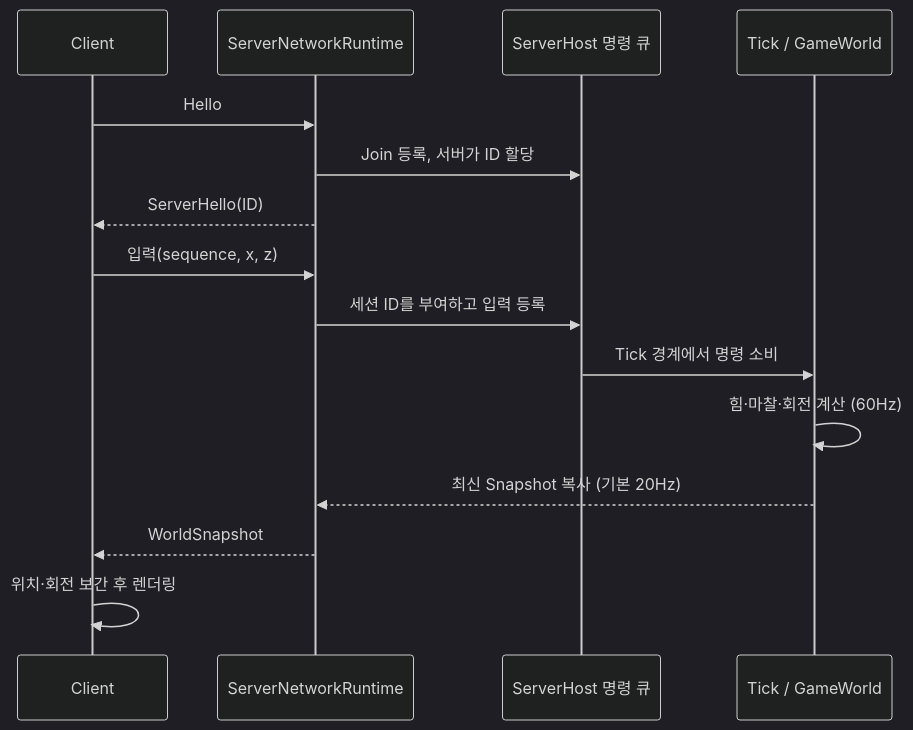
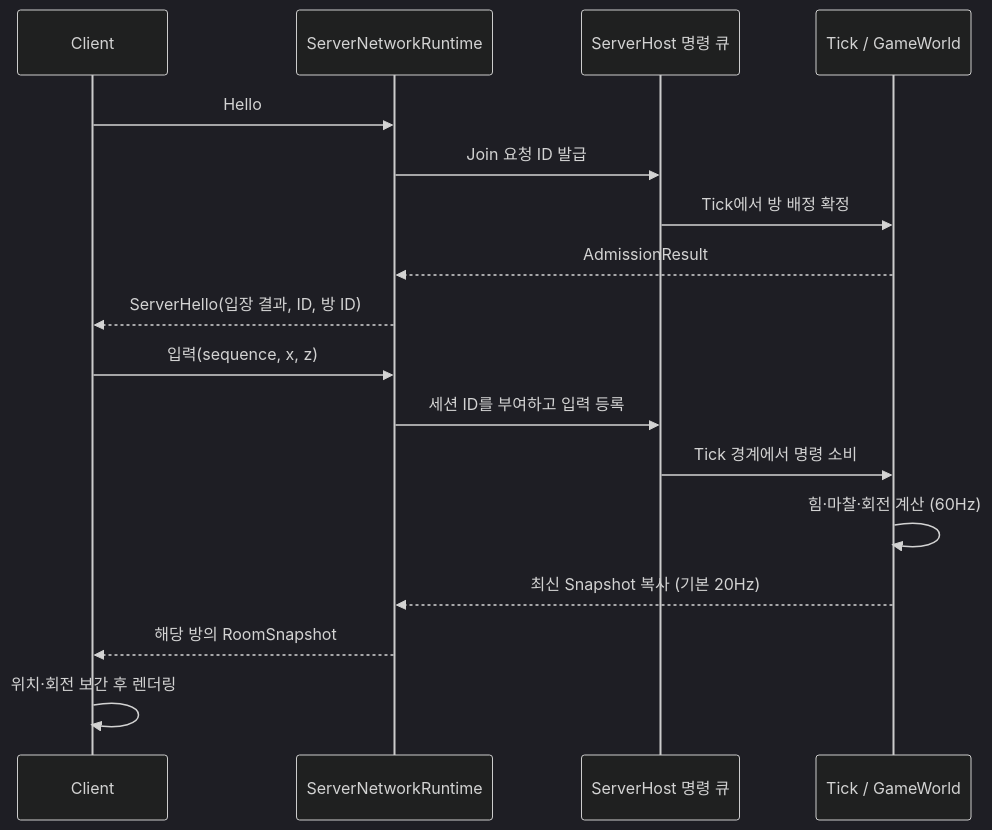
One commit to BaeJiwoo/MoongTangE changed the second of 3 diagrams in docs/SERVER_ARCHITECTURE.md. Above: the diagram before and after it, drawn with Mermaid (dark theme). The commit also changed other lines of this file and 22 other files, not shown here.

````diff
--- a/docs/SERVER_ARCHITECTURE.md
+++ b/docs/SERVER_ARCHITECTURE.md
@@ -69,17 +71,19 @@
 ```mermaid
 sequenceDiagram
     participant Client as Client
     participant Net as ServerNetworkRuntime
     participant Queue as ServerHost 명령 큐
     participant World as Tick / GameWorld
     Client->>Net: Hello
-    Net->>Queue: Join 등록, 서버가 ID 할당
-    Net-->>Client: ServerHello(ID)
+    Net->>Queue: Join 요청 ID 발급
+    Queue->>World: Tick에서 방 배정 확정
+    World-->>Net: AdmissionResult
+    Net-->>Client: ServerHello(입장 결과, ID, 방 ID)
     Client->>Net: 입력(sequence, x, z)
     Net->>Queue: 세션 ID를 부여하고 입력 등록
     Queue->>World: Tick 경계에서 명령 소비
     World->>World: 힘·마찰·회전 계산 (60Hz)
     World-->>Net: 최신 Snapshot 복사 (기본 20Hz)
-    Net-->>Client: WorldSnapshot
+    Net-->>Client: 해당 방의 RoomSnapshot
     Client->>Client: 위치·회전 보간 후 렌더링
 ```
````
